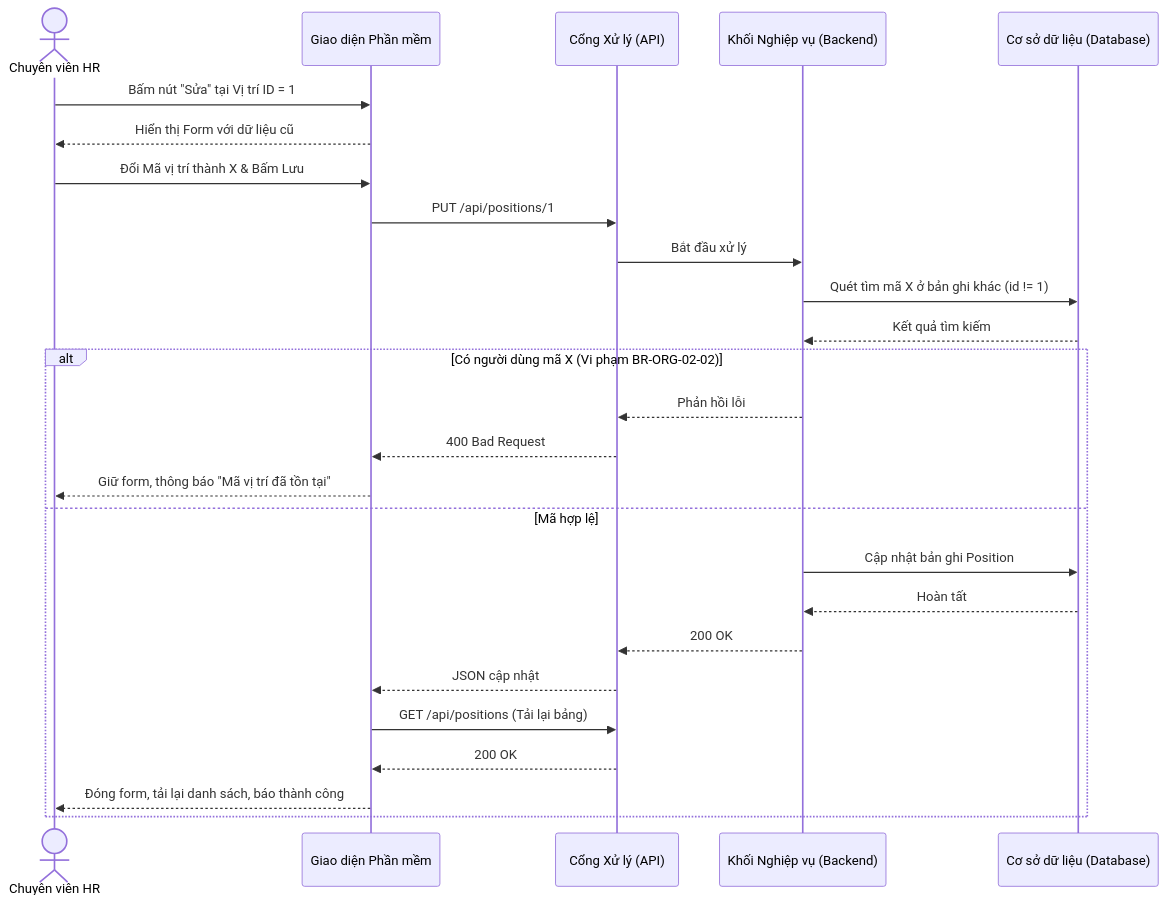
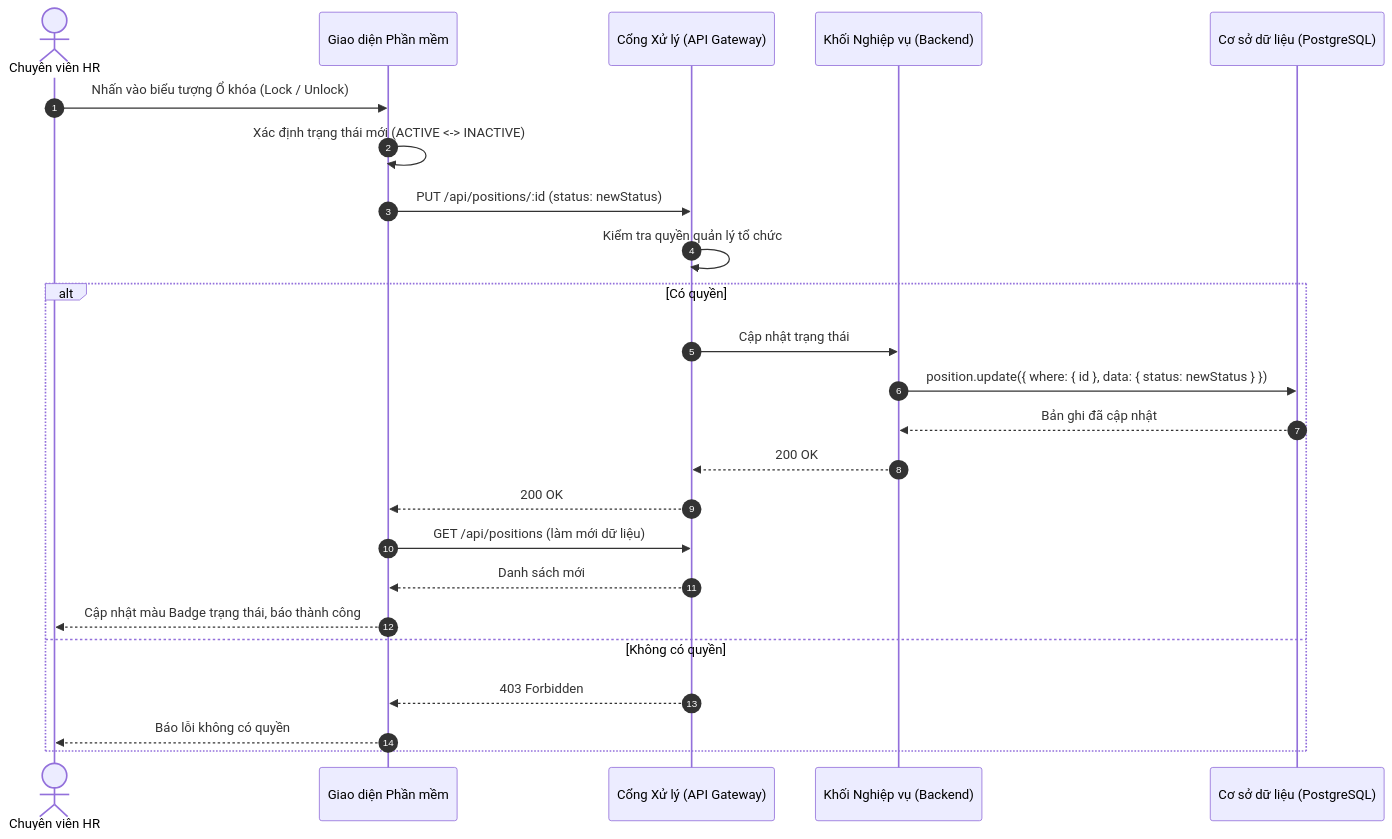
The second of 4 diagrams in docs/Tài liệu phân tích nghiệp vụ từng module/Module Tổ chức/Chuc-nang-Quan-ly-Vi-tri.md (aye2710/HRM-DATN), drawn with Mermaid before and after one commit. The commit also changed other lines of this file and 27 other files, not shown here.

````diff
--- a/docs/Tài liệu phân tích nghiệp vụ từng module/Module Tổ chức/Chuc-nang-Quan-ly-Vi-tri.md
+++ b/docs/Tài liệu phân tích nghiệp vụ từng module/Module Tổ chức/Chuc-nang-Quan-ly-Vi-tri.md
@@ -104,32 +158,28 @@
 ```mermaid
 sequenceDiagram
+    autonumber
     actor HR as Chuyên viên HR
     participant FE as Giao diện Phần mềm
-    participant API as Cổng Xử lý (API)
+    participant API as Cổng Xử lý (API Gateway)
     participant BE as Khối Nghiệp vụ (Backend)
-    participant DB as Cơ sở dữ liệu (Database)
+    participant DB as Cơ sở dữ liệu (PostgreSQL)
 
-    HR->>FE: Bấm nút "Sửa" tại Vị trí ID = 1
-    FE-->>HR: Hiển thị Form với dữ liệu cũ
-    
-    HR->>FE: Đổi Mã vị trí thành X & Bấm Lưu
-    FE->>API: PUT /api/positions/1
-    API->>BE: Bắt đầu xử lý
-    
-    BE->>DB: Quét tìm mã X ở bản ghi khác (id != 1)
-    DB-->>BE: Kết quả tìm kiếm
-    
-    alt Có người dùng mã X (Vi phạm BR-ORG-02-02)
-        BE-->>API: Phản hồi lỗi
-        API-->>FE: 400 Bad Request
-        FE-->>HR: Giữ form, thông báo "Mã vị trí đã tồn tại"
-    else Mã hợp lệ
-        BE->>DB: Cập nhật bản ghi Position
-        DB-->>BE: Hoàn tất
+    HR->>FE: Nhấn vào biểu tượng Ổ khóa (Lock / Unlock)
+    FE->>FE: Xác định trạng thái mới (ACTIVE <-> INACTIVE)
+    FE->>API: PUT /api/positions/:id (status: newStatus)
+
+    API->>API: Kiểm tra quyền quản lý tổ chức
+    alt Có quyền
+        API->>BE: Cập nhật trạng thái
+        BE->>DB: position.update({ where: { id }, data: { status: newStatus } })
+        DB-->>BE: Bản ghi đã cập nhật
         BE-->>API: 200 OK
-        API-->>FE: JSON cập nhật
-        FE->>API: GET /api/positions (Tải lại bảng)
         API-->>FE: 200 OK
-        FE-->>HR: Đóng form, tải lại danh sách, báo thành công
+        FE->>API: GET /api/positions (làm mới dữ liệu)
+        API-->>FE: Danh sách mới
+        FE-->>HR: Cập nhật màu Badge trạng thái, báo thành công
+    else Không có quyền
+        API-->>FE: 403 Forbidden
+        FE-->>HR: Báo lỗi không có quyền
     end
 ```
````
